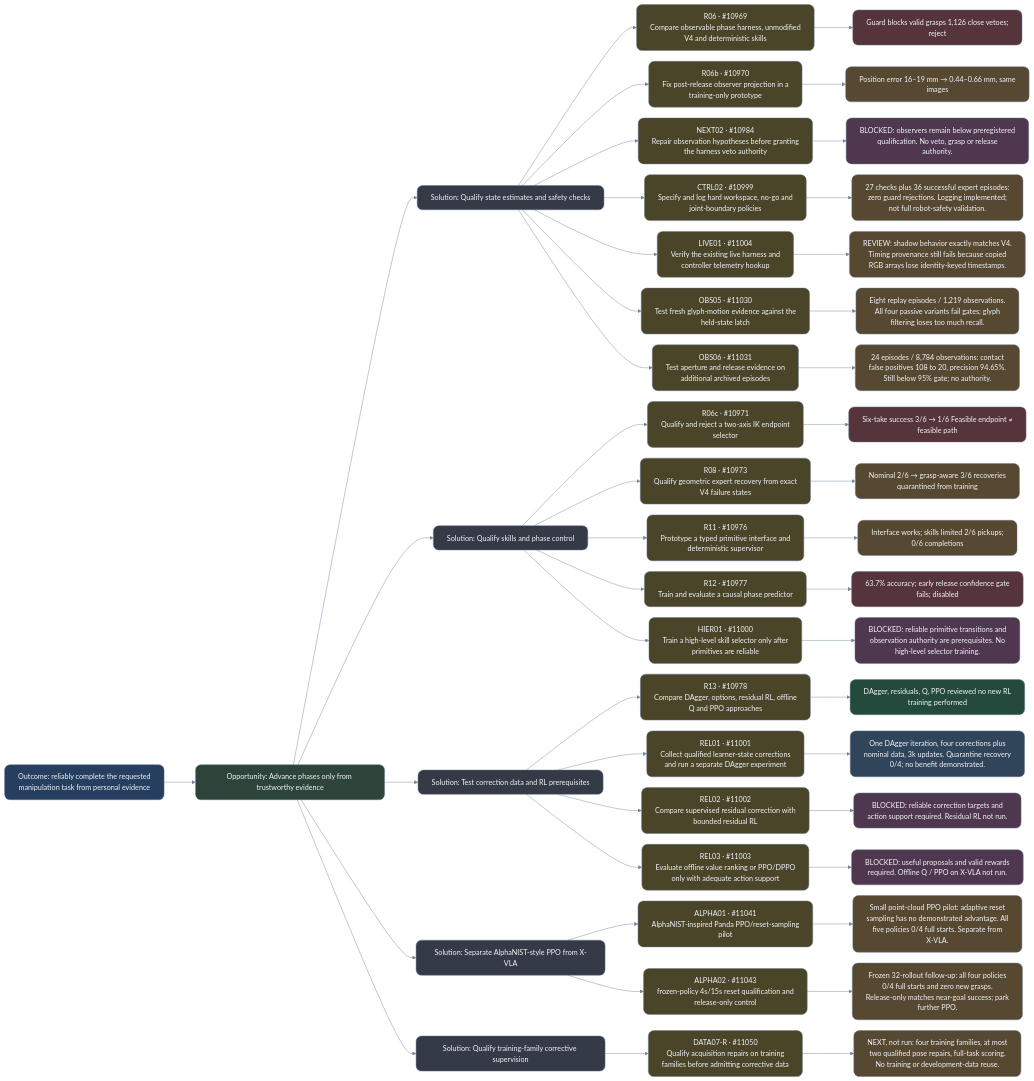
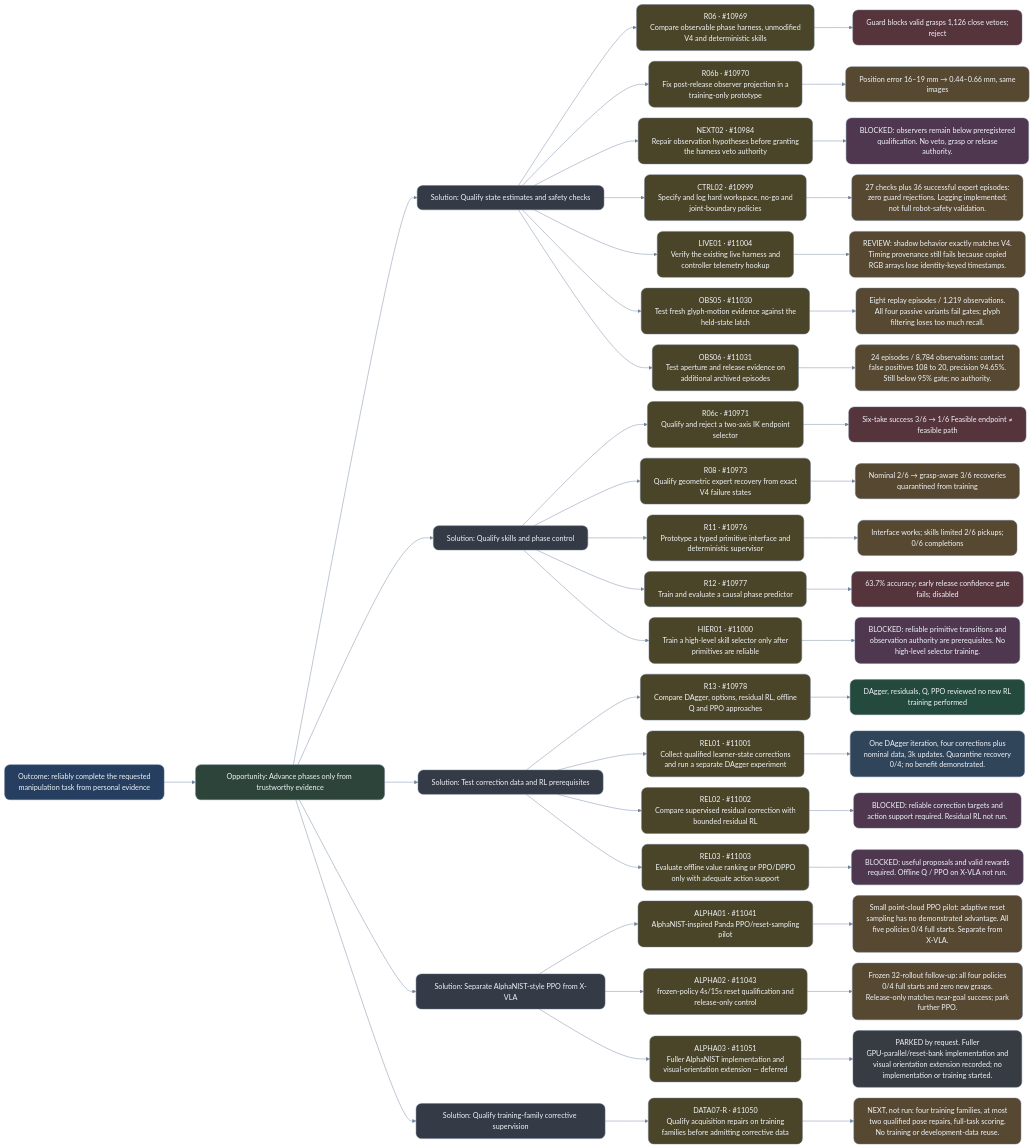
Before and after one commit to NatMota/typhon-robotics: the diagram in experiment-history/2026-10-14-ost/recovery.mmd, drawn with Mermaid. The commit also changed 18 other files, not shown here.

Commit message:
docs: park fuller AlphaNIST implementation and retain acquisition repair priority

```diff
--- a/experiment-history/2026-10-14-ost/recovery.mmd
+++ b/experiment-history/2026-10-14-ost/recovery.mmd
@@ -1,120 +1,125 @@
 %%{init: {"theme": "base", "securityLevel": "loose", "fontFamily": "Arial, sans-serif", "fontSize": 18, "markdownAutoWrap": false, "flowchart": {"htmlLabels": false, "curve": "basis", "nodeSpacing": 24, "rankSpacing": 70, "wrappingWidth": 360}, "themeVariables": {"primaryTextColor": "#edf2f7", "lineColor": "#71849f", "background": "#0b1220"}}}%%
 flowchart LR
 OUT["Outcome: reliably complete the requested<br/>manipulation task from personal evidence"]:::outcome
 O_recovery["Opportunity: Advance phases only from trustworthy evidence"]:::opportunity
 OUT --> O_recovery
 O_recovery_S0["Solution: Qualify state estimates and safety checks"]:::solution
 O_recovery --> O_recovery_S0
 T10969["R06 · #10969<br/>Compare observable phase harness, unmodified<br/>V4 and deterministic skills"]:::experiment
 O_recovery_S0 --> T10969
 R10969["Guard blocks valid grasps 1,126 close vetoes;<br/>reject"]:::negative
 T10969 --> R10969
 click T10969 "http://127.0.0.1:4001/?project=typhon-research#ticket=10969" "Open research ticket" _blank
 T10970["R06b · #10970<br/>Fix post-release observer projection in a<br/>training-only prototype"]:::experiment
 O_recovery_S0 --> T10970
 R10970["Position error 16–19 mm → 0.44–0.66 mm, same<br/>images"]:::mixed
 T10970 --> R10970
 click T10970 "http://127.0.0.1:4001/?project=typhon-research#ticket=10970" "Open research ticket" _blank
 T10984["NEXT02 · #10984<br/>Repair observation hypotheses before granting<br/>the harness veto authority"]:::experiment
 O_recovery_S0 --> T10984
 R10984["BLOCKED: observers remain below preregistered<br/>qualification. No veto, grasp or release<br/>authority."]:::blocked
 T10984 --> R10984
 click T10984 "http://127.0.0.1:4001/?project=typhon-research#ticket=10984" "Open research ticket" _blank
 T10999["CTRL02 · #10999<br/>Specify and log hard workspace, no-go and<br/>joint-boundary policies"]:::experiment
 O_recovery_S0 --> T10999
 R10999["27 checks plus 36 successful expert episodes:<br/>zero guard rejections. Logging implemented;<br/>not full robot-safety validation."]:::mixed
 T10999 --> R10999
 click T10999 "http://127.0.0.1:4001/?project=typhon-research#ticket=10999" "Open research ticket" _blank
 T11004["LIVE01 · #11004<br/>Verify the existing live harness and<br/>controller telemetry hookup"]:::experiment
 O_recovery_S0 --> T11004
 R11004["REVIEW: shadow behavior exactly matches V4.<br/>Timing provenance still fails because copied<br/>RGB arrays lose identity-keyed timestamps."]:::mixed
 T11004 --> R11004
 click T11004 "http://127.0.0.1:4001/?project=typhon-research#ticket=11004" "Open research ticket" _blank
 T11030["OBS05 · #11030<br/>Test fresh glyph-motion evidence against the<br/>held-state latch"]:::experiment
 O_recovery_S0 --> T11030
 R11030["Eight replay episodes / 1,219 observations.<br/>All four passive variants fail gates; glyph<br/>filtering loses too much recall."]:::mixed
 T11030 --> R11030
 click T11030 "http://127.0.0.1:4001/?project=typhon-research#ticket=11030" "Open research ticket" _blank
 T11031["OBS06 · #11031<br/>Test aperture and release evidence on<br/>additional archived episodes"]:::experiment
 O_recovery_S0 --> T11031
 R11031["24 episodes / 8,784 observations: contact<br/>false positives 108 to 20, precision 94.65%.<br/>Still below 95% gate; no authority."]:::mixed
 T11031 --> R11031
 click T11031 "http://127.0.0.1:4001/?project=typhon-research#ticket=11031" "Open research ticket" _blank
 O_recovery_S1["Solution: Qualify skills and phase control"]:::solution
 O_recovery --> O_recovery_S1
 T10971["R06c · #10971<br/>Qualify and reject a two-axis IK endpoint<br/>selector"]:::experiment
 O_recovery_S1 --> T10971
 R10971["Six-take success 3/6 → 1/6 Feasible endpoint ≠<br/>feasible path"]:::negative
 T10971 --> R10971
 click T10971 "http://127.0.0.1:4001/?project=typhon-research#ticket=10971" "Open research ticket" _blank
 T10973["R08 · #10973<br/>Qualify geometric expert recovery from exact<br/>V4 failure states"]:::experiment
 O_recovery_S1 --> T10973
 R10973["Nominal 2/6 → grasp-aware 3/6 recoveries<br/>quarantined from training"]:::mixed
 T10973 --> R10973
 click T10973 "http://127.0.0.1:4001/?project=typhon-research#ticket=10973" "Open research ticket" _blank
 T10976["R11 · #10976<br/>Prototype a typed primitive interface and<br/>deterministic supervisor"]:::experiment
 O_recovery_S1 --> T10976
 R10976["Interface works; skills limited 2/6 pickups;<br/>0/6 completions"]:::mixed
 T10976 --> R10976
 click T10976 "http://127.0.0.1:4001/?project=typhon-research#ticket=10976" "Open research ticket" _blank
 T10977["R12 · #10977<br/>Train and evaluate a causal phase predictor"]:::experiment
 O_recovery_S1 --> T10977
 R10977["63.7% accuracy; early release confidence gate<br/>fails; disabled"]:::negative
 T10977 --> R10977
 click T10977 "http://127.0.0.1:4001/?project=typhon-research#ticket=10977" "Open research ticket" _blank
 T11000["HIER01 · #11000<br/>Train a high-level skill selector only after<br/>primitives are reliable"]:::experiment
 O_recovery_S1 --> T11000
 R11000["BLOCKED: reliable primitive transitions and<br/>observation authority are prerequisites. No<br/>high-level selector training."]:::blocked
 T11000 --> R11000
 click T11000 "http://127.0.0.1:4001/?project=typhon-research#ticket=11000" "Open research ticket" _blank
 O_recovery_S2["Solution: Test correction data and RL prerequisites"]:::solution
 O_recovery --> O_recovery_S2
 T10978["R13 · #10978<br/>Compare DAgger, options, residual RL, offline<br/>Q and PPO approaches"]:::experiment
 O_recovery_S2 --> T10978
 R10978["DAgger, residuals, Q, PPO reviewed no new RL<br/>training performed"]:::evidence
 T10978 --> R10978
 click T10978 "http://127.0.0.1:4001/?project=typhon-research#ticket=10978" "Open research ticket" _blank
 T11001["REL01 · #11001<br/>Collect qualified learner-state corrections<br/>and run a separate DAgger experiment"]:::experiment
 O_recovery_S2 --> T11001
 R11001["One DAgger iteration, four corrections plus<br/>nominal data, 3k updates. Quarantine recovery<br/>0/4; no benefit demonstrated."]:::pending
 T11001 --> R11001
 click T11001 "http://127.0.0.1:4001/?project=typhon-research#ticket=11001" "Open research ticket" _blank
 T11002["REL02 · #11002<br/>Compare supervised residual correction with<br/>bounded residual RL"]:::experiment
 O_recovery_S2 --> T11002
 R11002["BLOCKED: reliable correction targets and<br/>action support required. Residual RL not run."]:::blocked
 T11002 --> R11002
 click T11002 "http://127.0.0.1:4001/?project=typhon-research#ticket=11002" "Open research ticket" _blank
 T11003["REL03 · #11003<br/>Evaluate offline value ranking or PPO/DPPO<br/>only with adequate action support"]:::experiment
 O_recovery_S2 --> T11003
 R11003["BLOCKED: useful proposals and valid rewards<br/>required. Offline Q / PPO on X-VLA not run."]:::blocked
 T11003 --> R11003
 click T11003 "http://127.0.0.1:4001/?project=typhon-research#ticket=11003" "Open research ticket" _blank
 O_recovery_S3["Solution: Separate AlphaNIST-style PPO from X-VLA"]:::solution
 O_recovery --> O_recovery_S3
 T11041["ALPHA01 · #11041<br/>AlphaNIST-inspired Panda PPO/reset-sampling<br/>pilot"]:::experiment
 O_recovery_S3 --> T11041
 R11041["Small point-cloud PPO pilot: adaptive reset<br/>sampling has no demonstrated advantage. All<br/>five policies 0/4 full starts. Separate from<br/>X-VLA."]:::mixed
 T11041 --> R11041
 click T11041 "http://127.0.0.1:4001/?project=typhon-research#ticket=11041" "Open research ticket" _blank
 T11043["ALPHA02 · #11043<br/>frozen-policy 4s/15s reset qualification and<br/>release-only control"]:::experiment
 O_recovery_S3 --> T11043
 R11043["Frozen 32-rollout follow-up: all four policies<br/>0/4 full starts and zero new grasps.<br/>Release-only matches near-goal success; park<br/>further PPO."]:::mixed
 T11043 --> R11043
 click T11043 "http://127.0.0.1:4001/?project=typhon-research#ticket=11043" "Open research ticket" _blank
+T11051["ALPHA03 · #11051<br/>Fuller AlphaNIST implementation and<br/>visual-orientation extension — deferred"]:::experiment
+O_recovery_S3 --> T11051
+R11051["PARKED by request. Fuller<br/>GPU-parallel/reset-bank implementation and<br/>visual orientation extension recorded; no<br/>implementation or training started."]:::parked
+T11051 --> R11051
+click T11051 "http://127.0.0.1:4001/?project=typhon-research#ticket=11051" "Open research ticket" _blank
 O_recovery_S4["Solution: Qualify training-family corrective supervision"]:::solution
 O_recovery --> O_recovery_S4
 T11050["DATA07-R · #11050<br/>Qualify acquisition repairs on training<br/>families before admitting corrective data"]:::experiment
 O_recovery_S4 --> T11050
 R11050["NEXT, not run: four training families, at most<br/>two qualified pose repairs, full-task scoring.<br/>No training or development-data reuse."]:::mixed
 T11050 --> R11050
 click T11050 "http://127.0.0.1:4001/?project=typhon-research#ticket=11050" "Open research ticket" _blank
 classDef outcome fill:#263f60,stroke:#64748b,color:#f1f5f9,rx:12,ry:12;
 classDef opportunity fill:#2d443b,stroke:#64748b,color:#f1f5f9,rx:12,ry:12;
 classDef solution fill:#343a46,stroke:#64748b,color:#f1f5f9,rx:12,ry:12;
 classDef experiment fill:#4a4428,stroke:#64748b,color:#f1f5f9,rx:12,ry:12;
 classDef evidence fill:#244a3d,stroke:#64748b,color:#f1f5f9,rx:12,ry:12;
 classDef mixed fill:#574831,stroke:#64748b,color:#f1f5f9,rx:12,ry:12;
 classDef negative fill:#56343c,stroke:#64748b,color:#f1f5f9,rx:12,ry:12;
 classDef pending fill:#30445a,stroke:#64748b,color:#f1f5f9,rx:12,ry:12;
 classDef blocked fill:#4e374f,stroke:#64748b,color:#f1f5f9,rx:12,ry:12;
 classDef parked fill:#373b42,stroke:#64748b,color:#f1f5f9,rx:12,ry:12;
```
